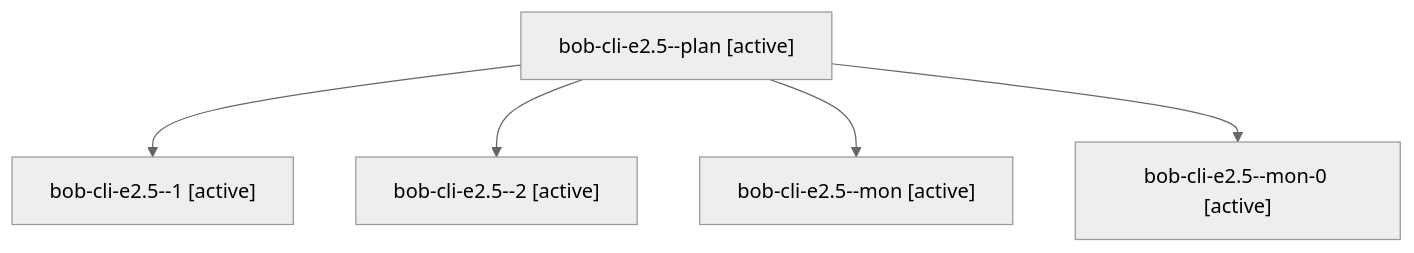
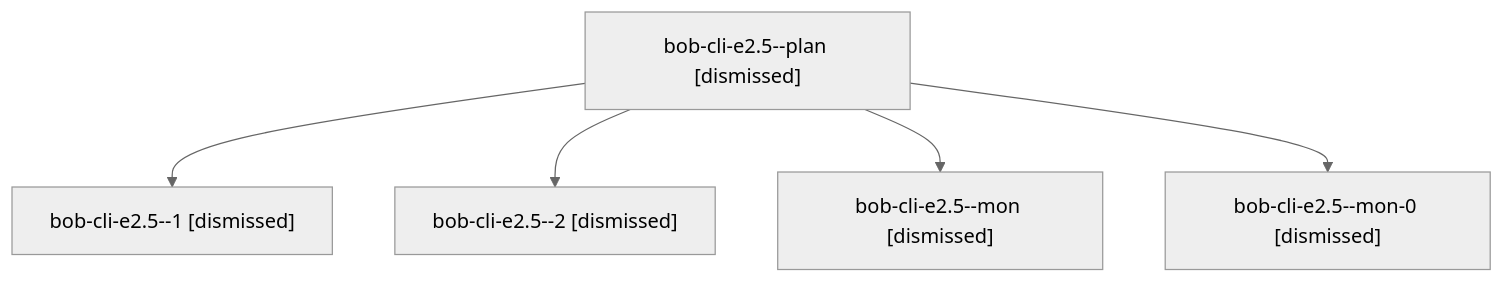
The diagram in sessions/bbugyi200.athena.bob-cli-e2.5.md (bobs-org/bob-cli--agents), drawn with Mermaid (neutral theme) before and after one commit. The commit also changed other lines of this file and 44 other files, not shown here.

````diff
--- a/sessions/bbugyi200.athena.bob-cli-e2.5.md
+++ b/sessions/bbugyi200.athena.bob-cli-e2.5.md
@@ -9,12 +9,12 @@
 ```mermaid
 flowchart TD
-  n0["bob-cli-e2.5--plan [active]"]
-  n1["bob-cli-e2.5--1 [active]"]
+  n0["bob-cli-e2.5--plan [dismissed]"]
+  n1["bob-cli-e2.5--1 [dismissed]"]
   n0 --> n1
-  n2["bob-cli-e2.5--2 [active]"]
+  n2["bob-cli-e2.5--2 [dismissed]"]
   n0 --> n2
-  n3["bob-cli-e2.5--mon [active]"]
+  n3["bob-cli-e2.5--mon [dismissed]"]
   n0 --> n3
-  n4["bob-cli-e2.5--mon-0 [active]"]
+  n4["bob-cli-e2.5--mon-0 [dismissed]"]
   n0 --> n4
 ```
````
